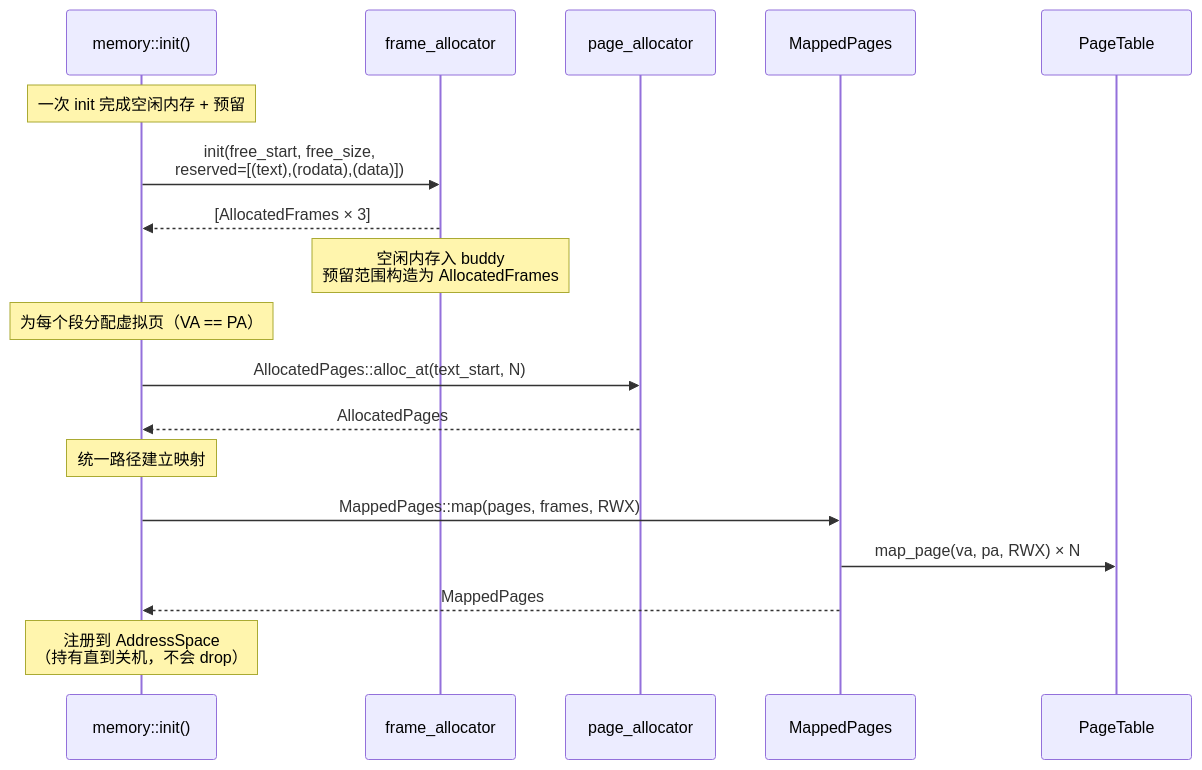
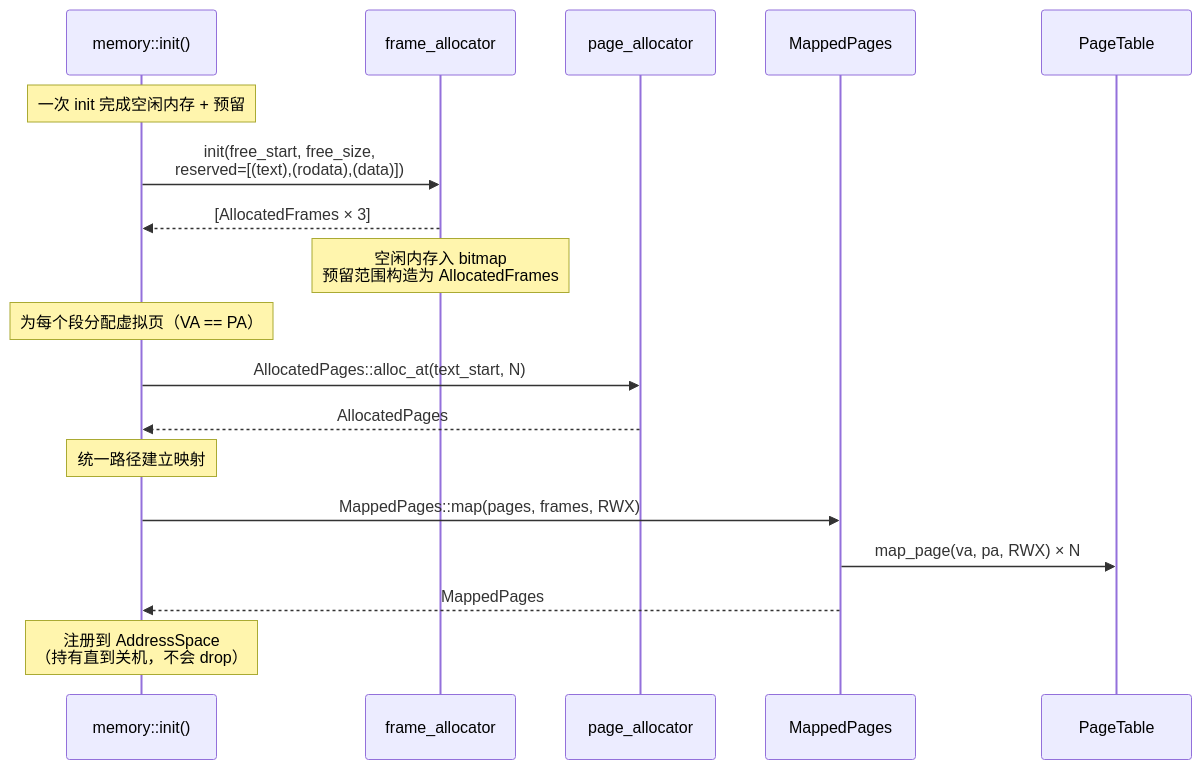
The ninth of 10 diagrams in docs/design/memory-subsystem.md (MRNIU/SimpleKernel), drawn with Mermaid before and after one commit. The commit also changed other lines of this file and 10 other files, not shown here.

First line of the commit message:
refactor(frame_allocator): 用 bitmap 替换 buddy_system_allocator

````diff
--- a/docs/design/memory-subsystem.md
+++ b/docs/design/memory-subsystem.md
@@ -515,23 +514,23 @@
 ```mermaid
 sequenceDiagram
     participant INIT as memory::init()
     participant FA as frame_allocator
     participant PA as page_allocator
     participant MP as MappedPages
     participant PT as PageTable
 
     Note over INIT: 一次 init 完成空闲内存 + 预留
     INIT->>FA: init(free_start, free_size,<br/>reserved=[(text),(rodata),(data)])
     FA-->>INIT: [AllocatedFrames × 3]
-    Note over FA: 空闲内存入 buddy<br/>预留范围构造为 AllocatedFrames
+    Note over FA: 空闲内存入 bitmap<br/>预留范围构造为 AllocatedFrames
 
     Note over INIT: 为每个段分配虚拟页（VA == PA）
     INIT->>PA: AllocatedPages::alloc_at(text_start, N)
     PA-->>INIT: AllocatedPages
 
     Note over INIT: 统一路径建立映射
     INIT->>MP: MappedPages::map(pages, frames, RWX)
     MP->>PT: map_page(va, pa, RWX) × N
     MP-->>INIT: MappedPages
     Note over INIT: 注册到 AddressSpace<br/>（持有直到关机，不会 drop）
 ```
````
